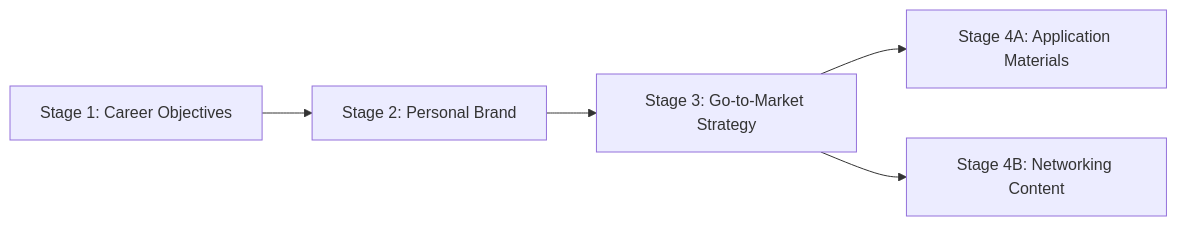
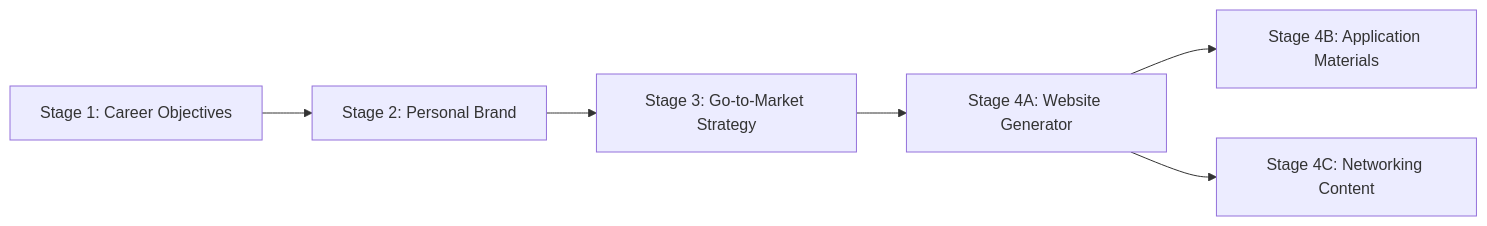
Before and after one commit to Modular-Earth-LLC/job-finding-assistant: the first of 2 diagrams in utility_prompts/improve_job_finding_workflow.user.prompt.md, drawn with Mermaid. The commit also changed other lines of this file and 12 other files, not shown here.

First line of the commit message:
Add Website Generator as Stage 4A and update workflow

````diff
--- a/utility_prompts/improve_job_finding_workflow.user.prompt.md
+++ b/utility_prompts/improve_job_finding_workflow.user.prompt.md
@@ -56,7 +56,8 @@
 ```mermaid
 graph LR
     A[Stage 1: Career Objectives] --> B[Stage 2: Personal Brand]
     B --> C[Stage 3: Go-to-Market Strategy]
-    C --> D[Stage 4A: Application Materials]
-    C --> E[Stage 4B: Networking Content]
+    C --> D[Stage 4A: Website Generator]
+    D --> E[Stage 4B: Application Materials]
+    D --> F[Stage 4C: Networking Content]
 ```
````
